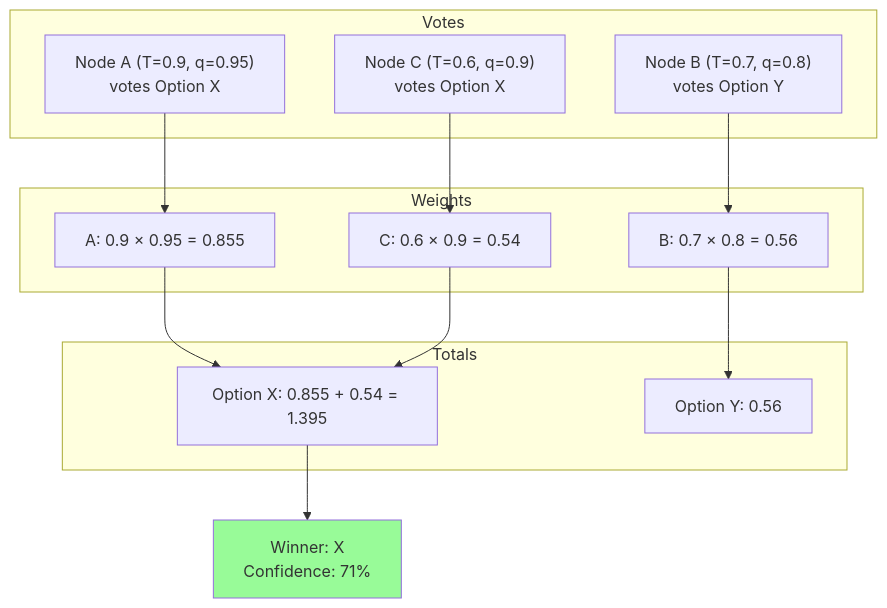
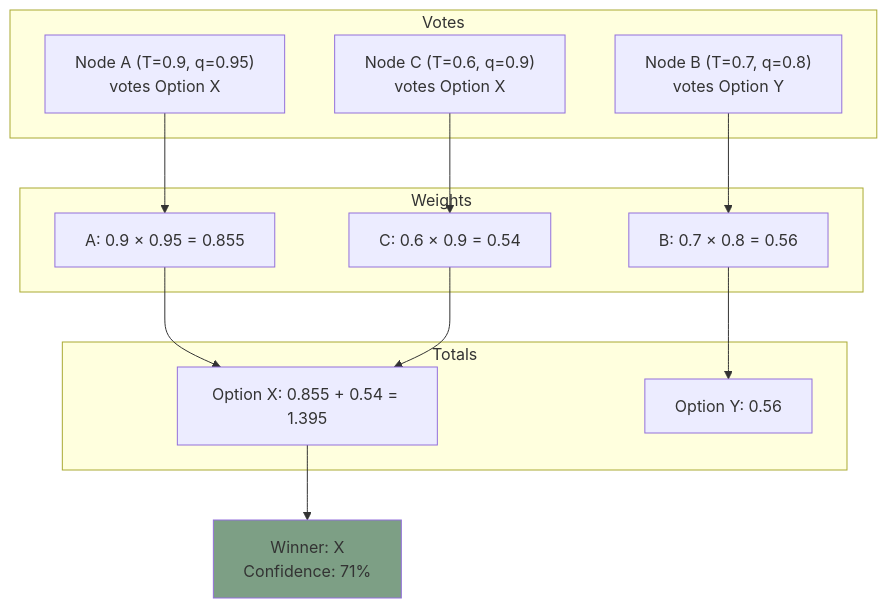
The fourth of 5 diagrams in docs/protocol/convergence.md (ScopeCreep-zip/Symbiont), drawn with Mermaid before and after one commit. The commit also changed other lines of this file and 17 other files, not shown here.

Commit message:
update to diagram colors

````diff
--- a/docs/protocol/convergence.md
+++ b/docs/protocol/convergence.md
@@ -354,27 +354,27 @@
 ```mermaid
 graph TB
     subgraph "Votes"
         V1["Node A (T=0.9, q=0.95)<br/>votes Option X"]
         V2["Node B (T=0.7, q=0.8)<br/>votes Option Y"]
         V3["Node C (T=0.6, q=0.9)<br/>votes Option X"]
     end
 
     subgraph "Weights"
         W1["A: 0.9 × 0.95 = 0.855"]
         W2["B: 0.7 × 0.8 = 0.56"]
         W3["C: 0.6 × 0.9 = 0.54"]
     end
 
     subgraph "Totals"
         TX["Option X: 0.855 + 0.54 = 1.395"]
         TY["Option Y: 0.56"]
     end
 
     V1 --> W1 --> TX
     V2 --> W2 --> TY
     V3 --> W3 --> TX
 
     TX --> WIN["Winner: X<br/>Confidence: 71%"]
 
-    style WIN fill:#98FB98
+    style WIN fill:#7d9f85
 ```
````
